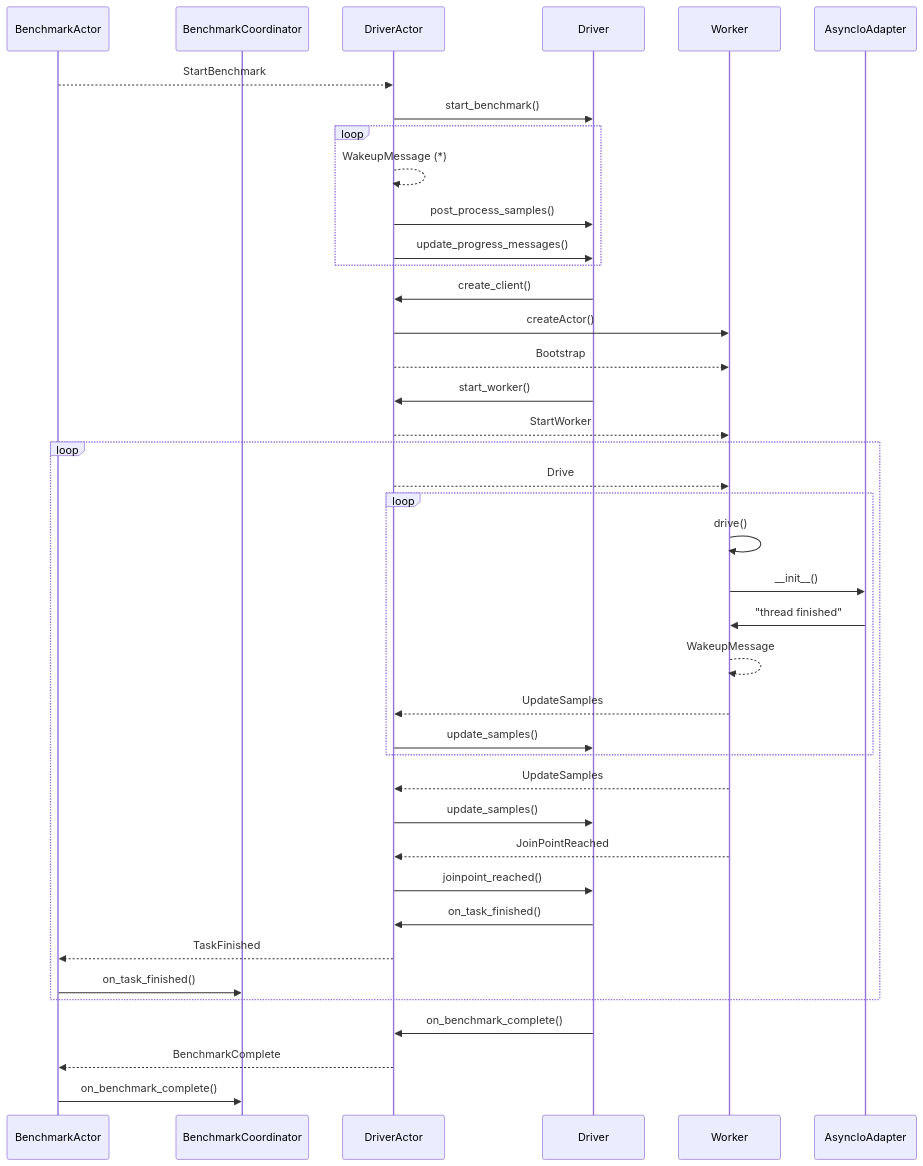
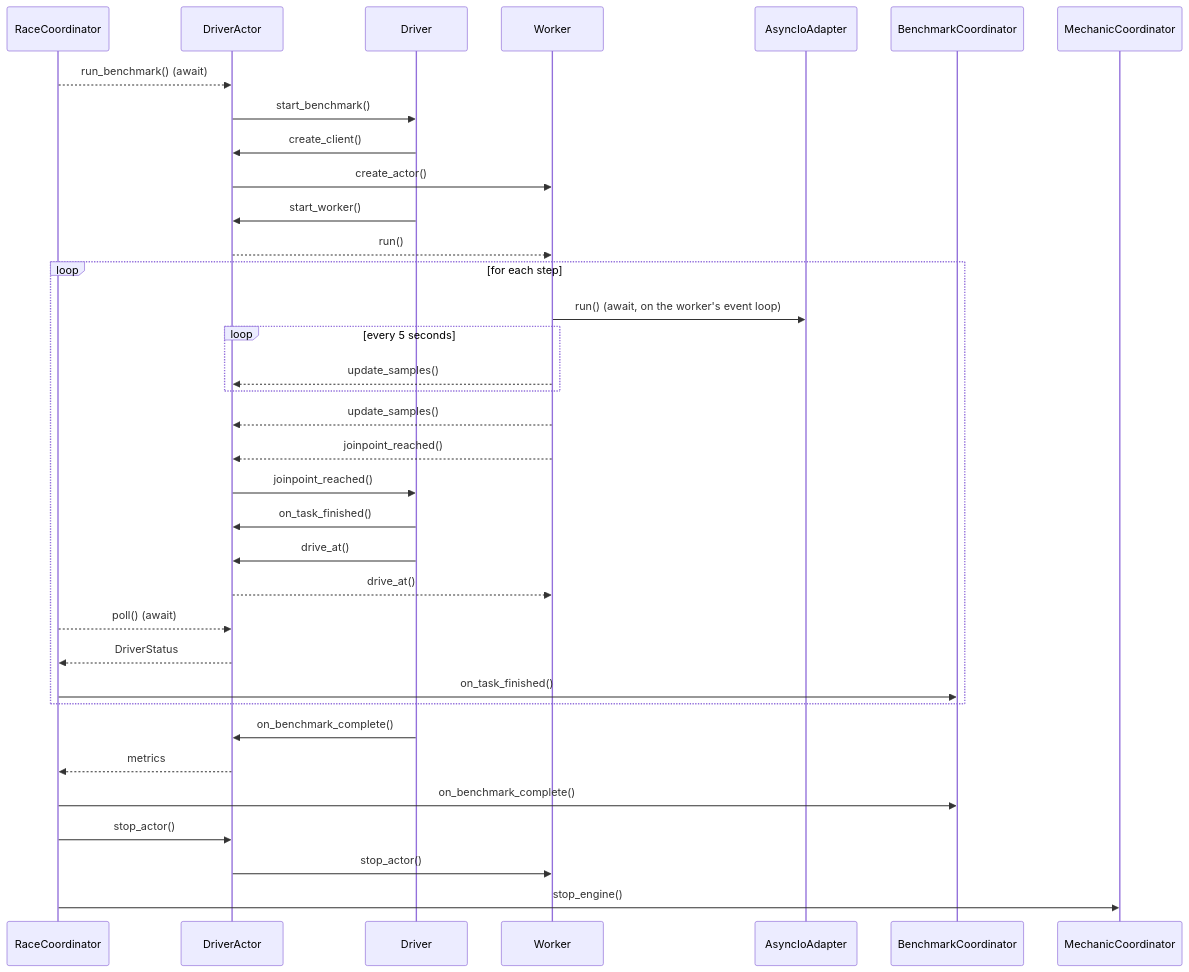
Before and after one commit to elastic/rally: the third of 3 diagrams in docs/architecture/actor_system.md, drawn with Mermaid. The commit also changed other lines of this file and 43 other files, not shown here.

````diff
--- a/docs/architecture/actor_system.md
+++ b/docs/architecture/actor_system.md
@@ -125,38 +135,30 @@
 ```mermaid
 sequenceDiagram
-    participant BenchmarkActor
-    participant BenchmarkCoordinator
-    BenchmarkActor -->> DriverActor: StartBenchmark
+    RaceCoordinator -->> DriverActor: run_benchmark() (await)
     DriverActor ->> Driver: start_benchmark()
-    loop
-        DriverActor -->> DriverActor: WakeupMessage (*)
-        DriverActor ->> Driver: post_process_samples()
-        DriverActor ->> Driver: update_progress_messages()
-    end
     Driver ->> DriverActor: create_client()
-    DriverActor ->> Worker: createActor()
-    DriverActor -->> Worker: Bootstrap
+    DriverActor ->> Worker: create_actor()
     Driver ->> DriverActor: start_worker()
-    DriverActor -->> Worker: StartWorker
-    loop
-        DriverActor -->> Worker: Drive
-        loop
-            Worker ->> Worker: drive()
-            Worker ->> AsyncIoAdapter: __init__()
-            AsyncIoAdapter ->> Worker: "thread finished"
-            Worker -->> Worker: WakeupMessage
-            Worker -->> DriverActor: UpdateSamples
-            DriverActor ->> Driver: update_samples()
+    DriverActor -->> Worker: run()
+    loop for each step
+        Worker ->> AsyncIoAdapter: run() (await, on the worker's event loop)
+        loop every 5 seconds
+            Worker -->> DriverActor: update_samples()
         end
-        Worker -->> DriverActor: UpdateSamples
-        DriverActor ->> Driver: update_samples()
-        Worker -->> DriverActor: JoinPointReached
+        Worker -->> DriverActor: update_samples()
+        Worker -->> DriverActor: joinpoint_reached()
         DriverActor ->> Driver: joinpoint_reached()
         Driver ->> DriverActor: on_task_finished()
-        DriverActor -->> BenchmarkActor: TaskFinished
-        BenchmarkActor ->> BenchmarkCoordinator: on_task_finished()
+        Driver ->> DriverActor: drive_at()
+        DriverActor -->> Worker: drive_at()
+        RaceCoordinator -->> DriverActor: poll() (await)
+        DriverActor -->> RaceCoordinator: DriverStatus
+        RaceCoordinator ->> BenchmarkCoordinator: on_task_finished()
     end
     Driver ->> DriverActor: on_benchmark_complete()
-    DriverActor -->> BenchmarkActor: BenchmarkComplete
-    BenchmarkActor ->> BenchmarkCoordinator: on_benchmark_complete()
+    DriverActor -->> RaceCoordinator: metrics
+    RaceCoordinator ->> BenchmarkCoordinator: on_benchmark_complete()
+    RaceCoordinator ->> DriverActor: stop_actor()
+    DriverActor ->> Worker: stop_actor()
+    RaceCoordinator ->> MechanicCoordinator: stop_engine()
 ```
````
